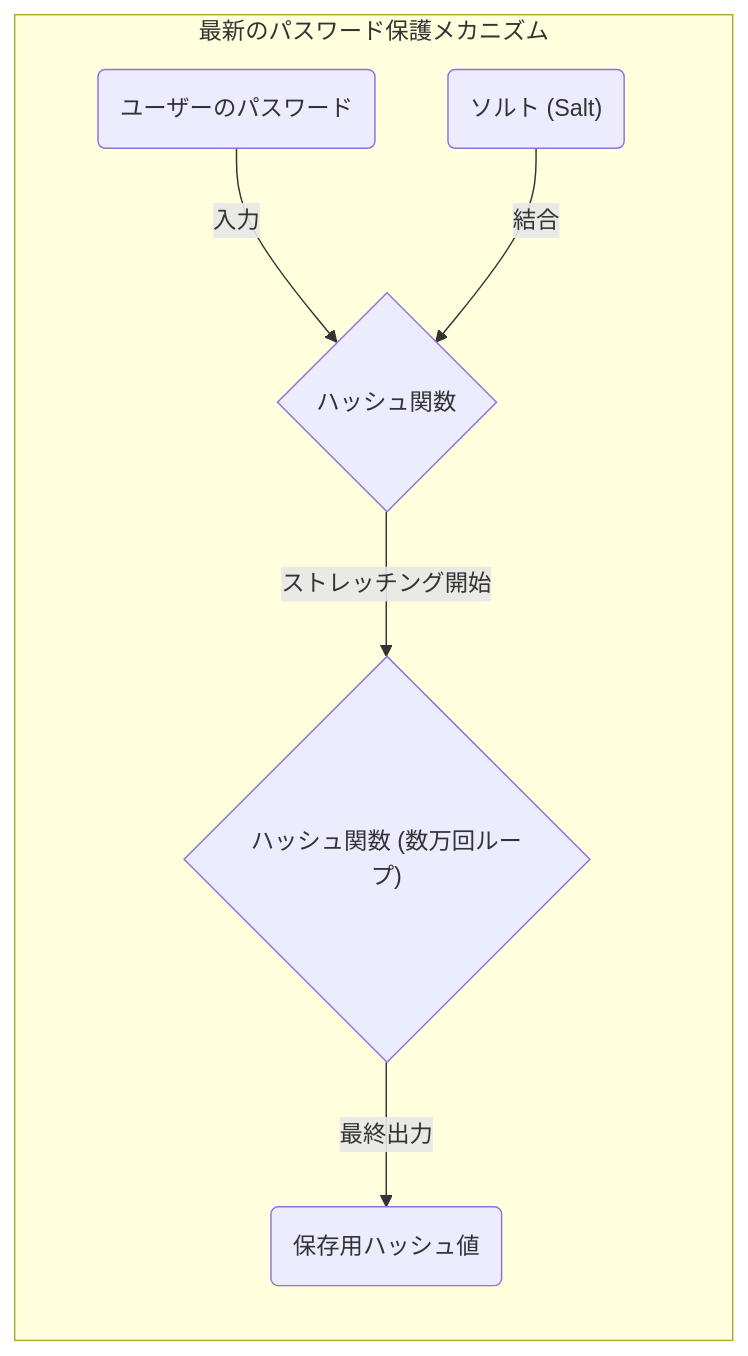
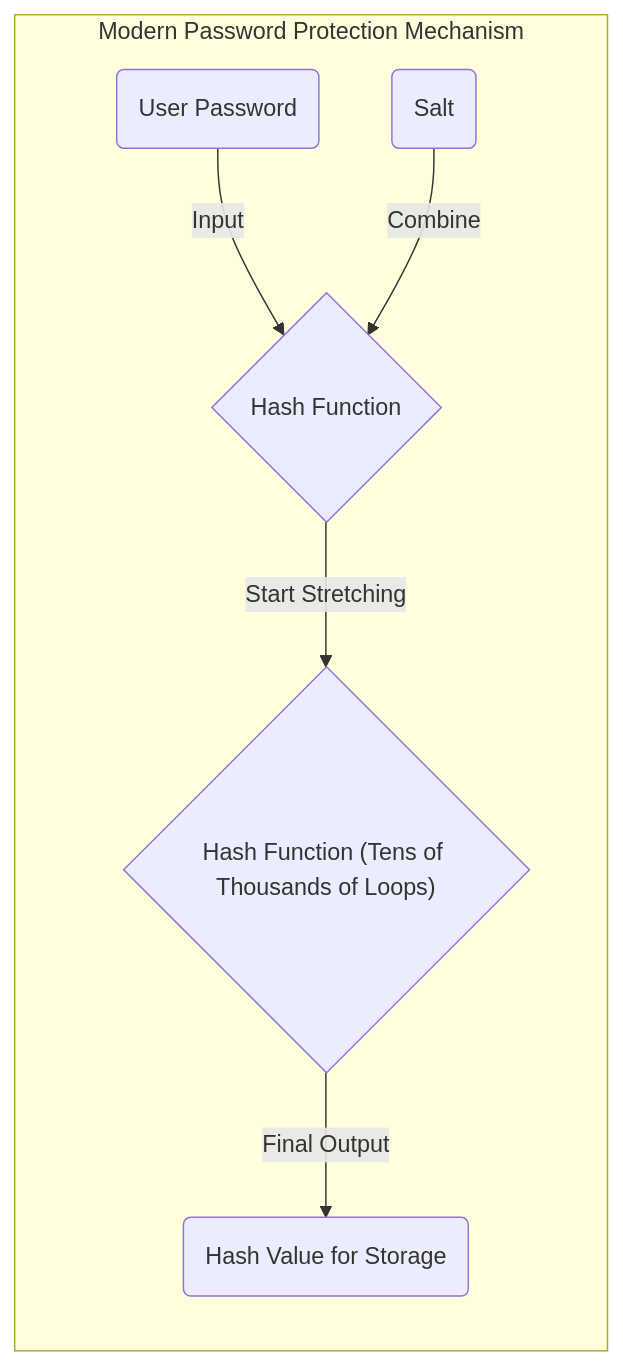
The third of 3 diagrams in content/post/pigeonhole-principle-hash-collision/index.en.md (kenjinote/blog), drawn with Mermaid before and after one commit. The commit also changed other lines of this file and 28 other files, not shown here.

Commit message:
Translate Japanese text inside Mermaid diagrams to respective languages

````diff
--- a/content/post/pigeonhole-principle-hash-collision/index.en.md
+++ b/content/post/pigeonhole-principle-hash-collision/index.en.md
@@ -203,15 +203,15 @@
 ```mermaid
 graph LR
-    subgraph "最新のパスワード保護メカニズム"
-        P("ユーザーのパスワード")
-        S("ソルト (Salt)")
-        H1{"ハッシュ関数"}
-        H2{"ハッシュ関数 (数万回ループ)"}
-        R("保存用ハッシュ値")
+    subgraph "Modern Password Protection Mechanism"
+        P("User Password")
+        S("Salt")
+        H1{"Hash Function"}
+        H2{"Hash Function (Tens of Thousands of Loops)"}
+        R("Hash Value for Storage")
     end
 
-    P -->|"入力"| H1
-    S -->|"結合"| H1
-    H1 -->|"ストレッチング開始"| H2
-    H2 -->|"最終出力"| R
+    P -->|"Input"| H1
+    S -->|"Combine"| H1
+    H1 -->|"Start Stretching"| H2
+    H2 -->|"Final Output"| R
 ```
````
